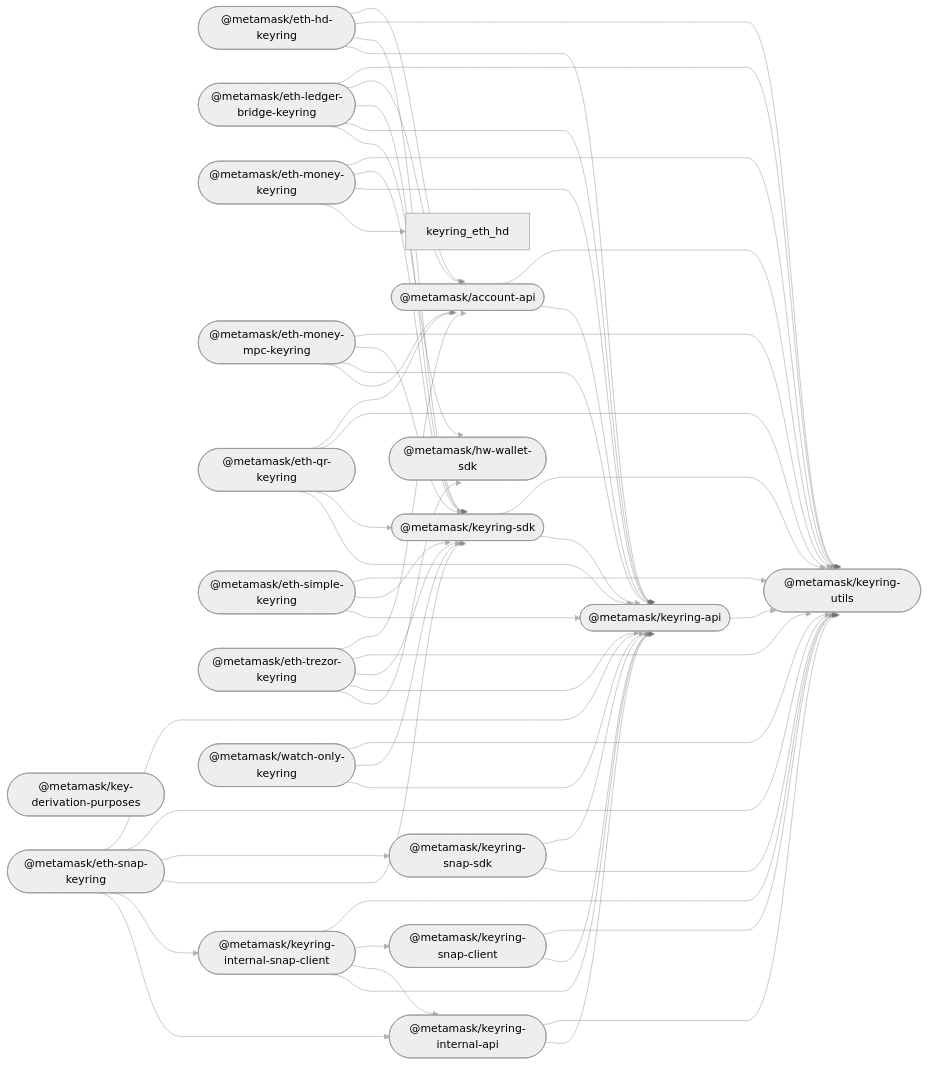
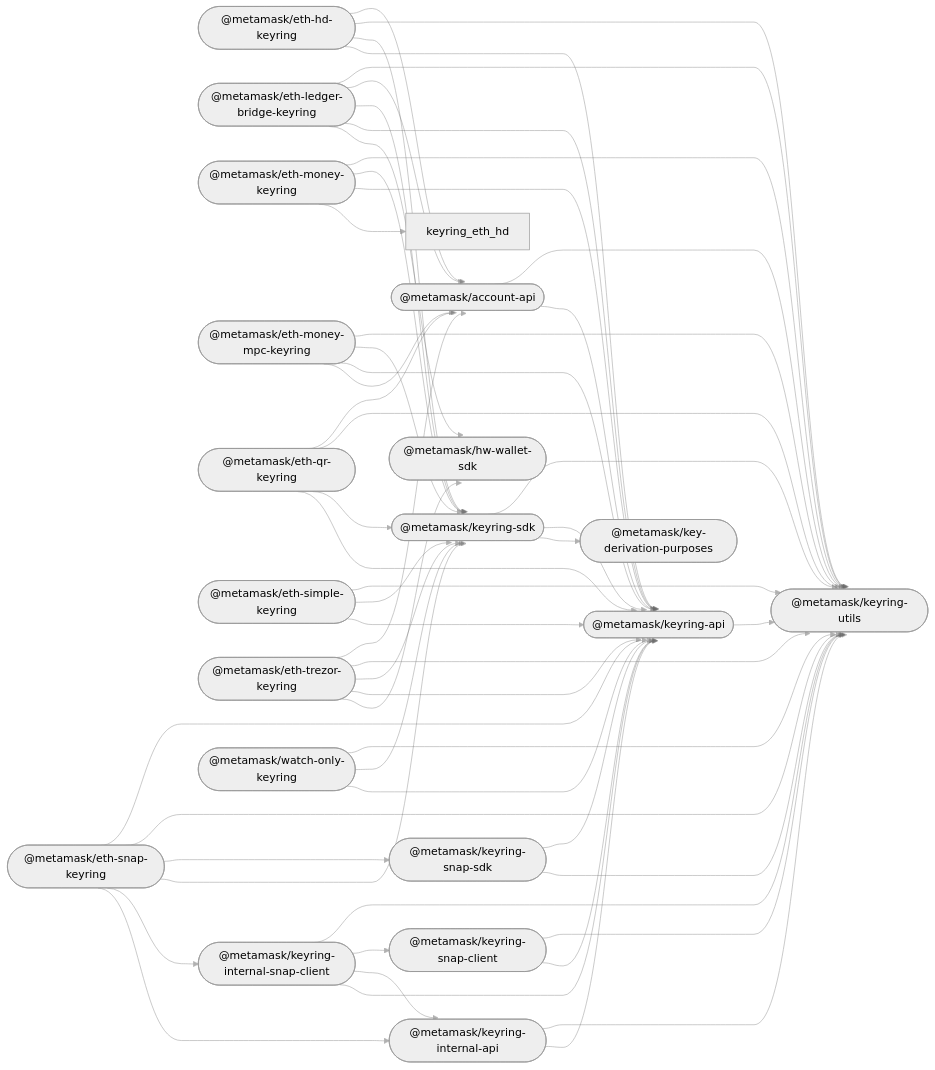
One commit to MetaMask/accounts changed the diagram in README.md. Above: the diagram before and after it, drawn with Mermaid (neutral theme). The commit also changed 17 other files, not shown here.

````diff
--- a/README.md
+++ b/README.md
@@ -47,77 +47,78 @@
 ```mermaid
 %%{ init: { 'flowchart': { 'curve': 'bumpX' } } }%%
 graph LR;
 linkStyle default opacity:0.5
   account_api(["@metamask/account-api"]);
   hw_wallet_sdk(["@metamask/hw-wallet-sdk"]);
   key_derivation_purposes(["@metamask/key-derivation-purposes"]);
   keyring_api(["@metamask/keyring-api"]);
   eth_hd_keyring(["@metamask/eth-hd-keyring"]);
   eth_ledger_bridge_keyring(["@metamask/eth-ledger-bridge-keyring"]);
   eth_money_keyring(["@metamask/eth-money-keyring"]);
   eth_money_mpc_keyring(["@metamask/eth-money-mpc-keyring"]);
   eth_qr_keyring(["@metamask/eth-qr-keyring"]);
   eth_simple_keyring(["@metamask/eth-simple-keyring"]);
   eth_trezor_keyring(["@metamask/eth-trezor-keyring"]);
   keyring_internal_api(["@metamask/keyring-internal-api"]);
   keyring_internal_snap_client(["@metamask/keyring-internal-snap-client"]);
   keyring_sdk(["@metamask/keyring-sdk"]);
   eth_snap_keyring(["@metamask/eth-snap-keyring"]);
   keyring_snap_client(["@metamask/keyring-snap-client"]);
   keyring_snap_sdk(["@metamask/keyring-snap-sdk"]);
   keyring_utils(["@metamask/keyring-utils"]);
   watch_only_keyring(["@metamask/watch-only-keyring"]);
   account_api --> keyring_api;
   account_api --> keyring_utils;
   keyring_api --> keyring_utils;
   eth_hd_keyring --> keyring_api;
   eth_hd_keyring --> keyring_sdk;
   eth_hd_keyring --> keyring_utils;
   eth_hd_keyring --> account_api;
   eth_ledger_bridge_keyring --> hw_wallet_sdk;
   eth_ledger_bridge_keyring --> keyring_api;
   eth_ledger_bridge_keyring --> keyring_sdk;
   eth_ledger_bridge_keyring --> account_api;
   eth_ledger_bridge_keyring --> keyring_utils;
   eth_money_keyring --> keyring_eth_hd;
   eth_money_keyring --> keyring_api;
   eth_money_keyring --> keyring_sdk;
   eth_money_keyring --> keyring_utils;
   eth_money_mpc_keyring --> account_api;
   eth_money_mpc_keyring --> keyring_api;
   eth_money_mpc_keyring --> keyring_sdk;
   eth_money_mpc_keyring --> keyring_utils;
   eth_qr_keyring --> keyring_api;
   eth_qr_keyring --> keyring_sdk;
   eth_qr_keyring --> keyring_utils;
   eth_qr_keyring --> account_api;
   eth_simple_keyring --> keyring_api;
   eth_simple_keyring --> keyring_sdk;
   eth_simple_keyring --> keyring_utils;
   eth_trezor_keyring --> hw_wallet_sdk;
   eth_trezor_keyring --> keyring_api;
   eth_trezor_keyring --> keyring_sdk;
   eth_trezor_keyring --> keyring_utils;
   eth_trezor_keyring --> account_api;
   keyring_internal_api --> keyring_api;
   keyring_internal_api --> keyring_utils;
   keyring_internal_snap_client --> keyring_api;
   keyring_internal_snap_client --> keyring_internal_api;
   keyring_internal_snap_client --> keyring_snap_client;
   keyring_internal_snap_client --> keyring_utils;
+  keyring_sdk --> key_derivation_purposes;
   keyring_sdk --> keyring_api;
   keyring_sdk --> keyring_utils;
   eth_snap_keyring --> keyring_internal_api;
   eth_snap_keyring --> keyring_internal_snap_client;
   eth_snap_keyring --> keyring_sdk;
   eth_snap_keyring --> keyring_snap_sdk;
   eth_snap_keyring --> keyring_utils;
   eth_snap_keyring --> keyring_api;
   keyring_snap_client --> keyring_api;
   keyring_snap_client --> keyring_utils;
   keyring_snap_sdk --> keyring_utils;
   keyring_snap_sdk --> keyring_api;
   watch_only_keyring --> keyring_api;
   watch_only_keyring --> keyring_sdk;
   watch_only_keyring --> keyring_utils;
 ```
````
